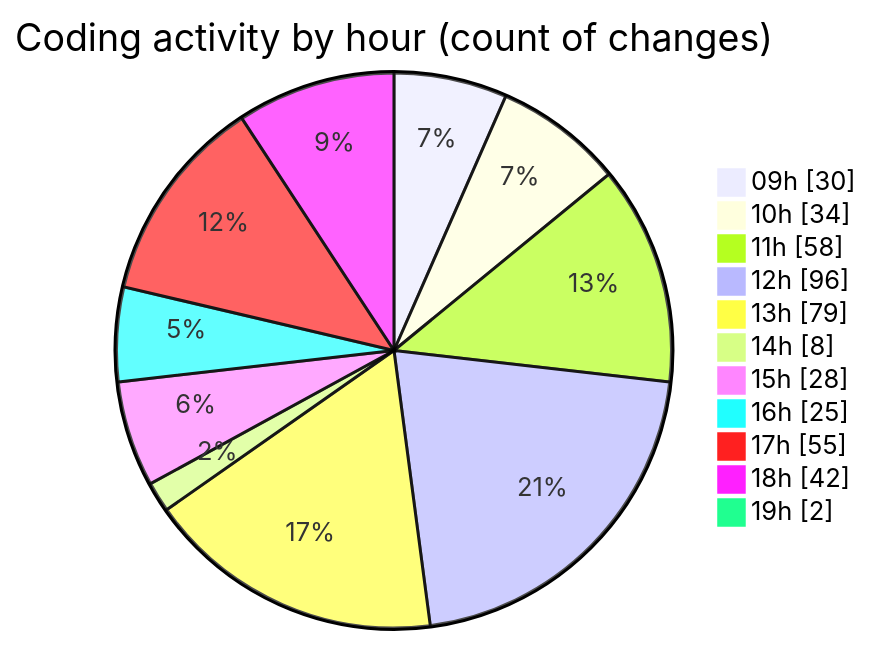
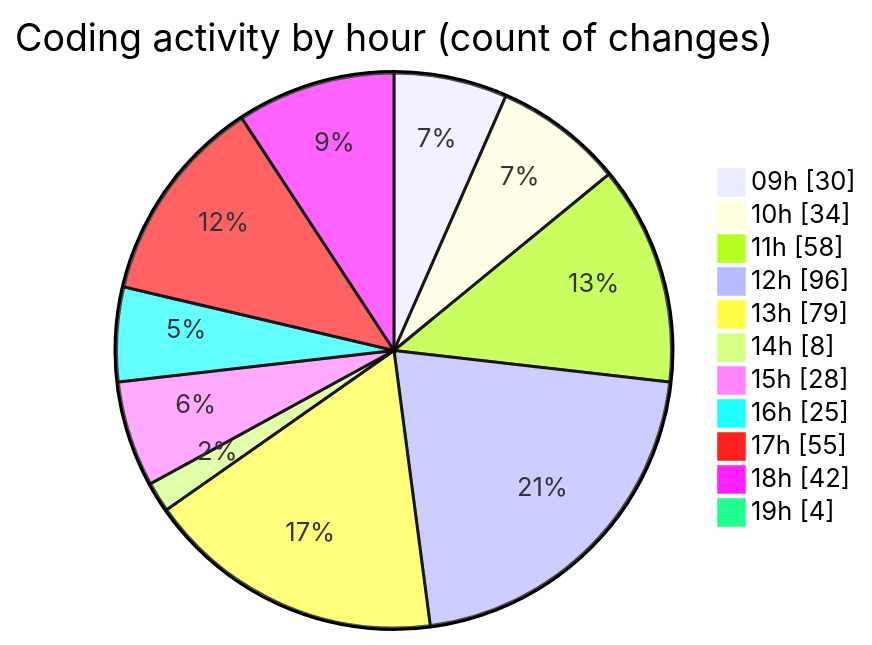
One commit to momahboobian/code-tracking changed the second of 2 diagrams in 2025-04-02/cda/README.md. Above: the diagram before and after it, drawn with Mermaid. The commit also changed other lines of this file and 1 other file, not shown here.

````diff
--- a/2025-04-02/cda/README.md
+++ b/2025-04-02/cda/README.md
@@ -40,15 +40,15 @@
 ```mermaid
 pie showData
 title Coding activity by hour (count of changes)
 "09h" : 30
 "10h" : 34
 "11h" : 58
 "12h" : 96
 "13h" : 79
 "14h" : 8
 "15h" : 28
 "16h" : 25
 "17h" : 55
 "18h" : 42
-"19h" : 2
+"19h" : 4
 ```
````
